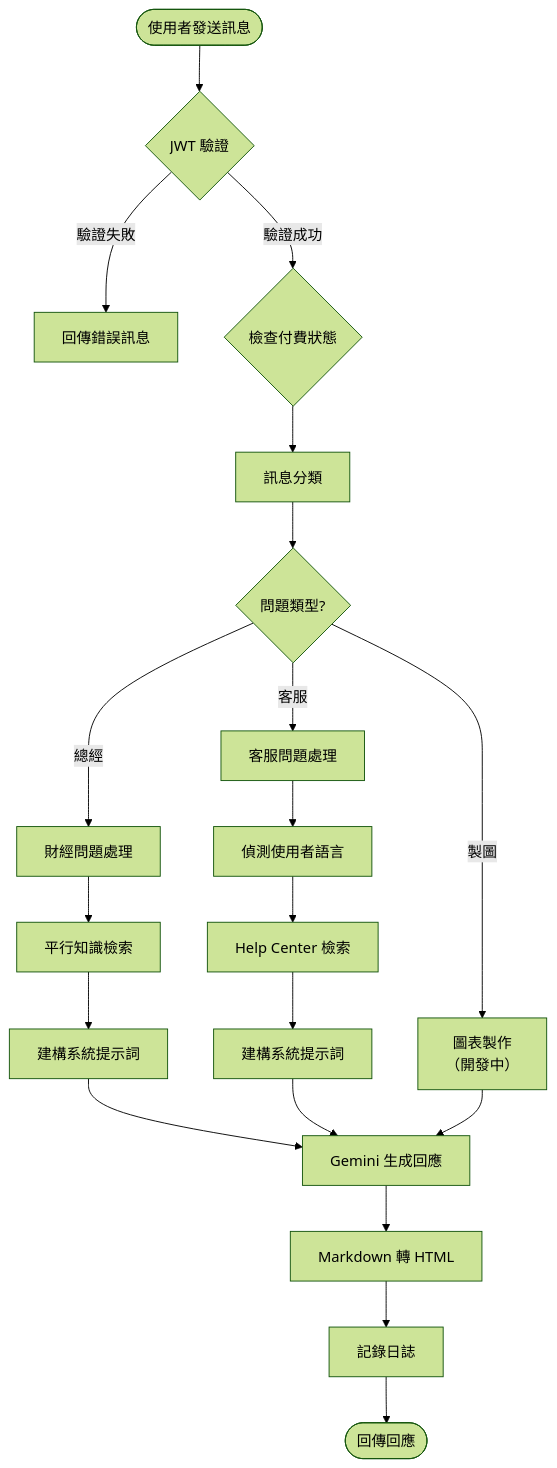
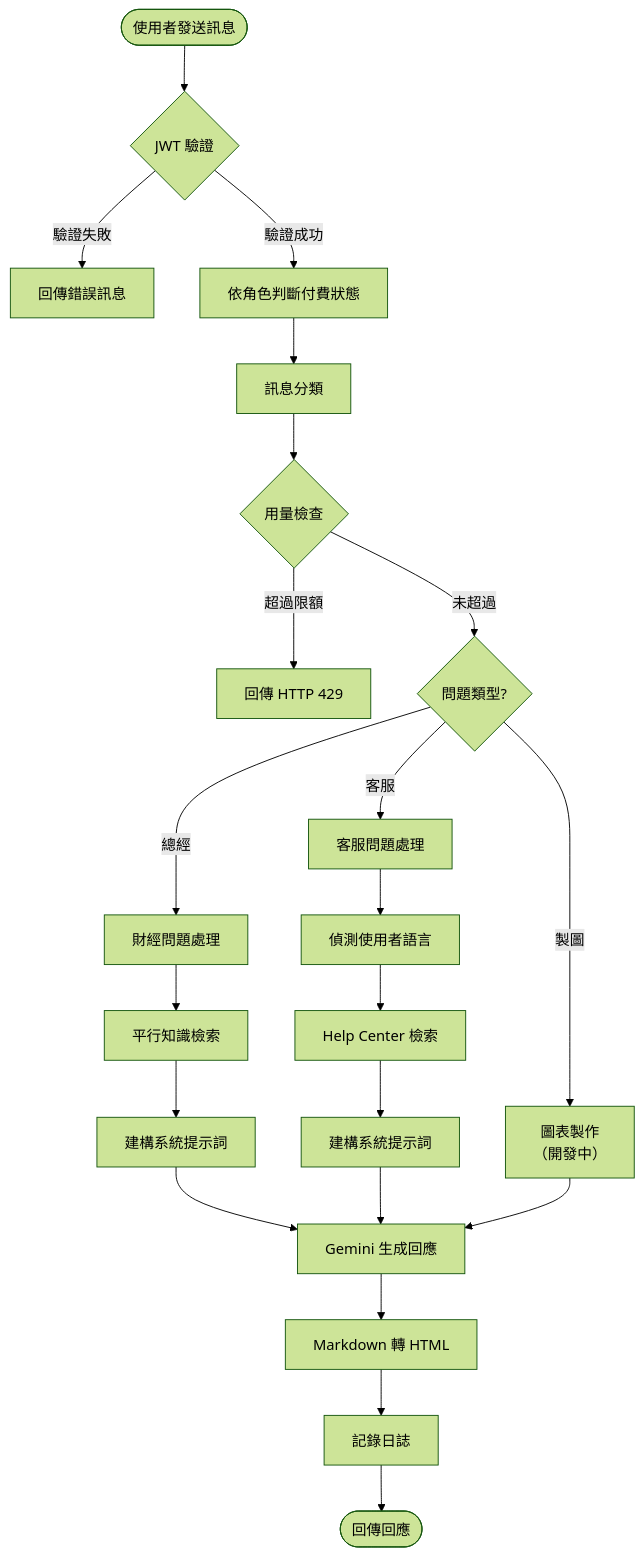
One commit to x1001000/mm-madam-aws changed the second of 6 diagrams in ARCHITECTURE.md. Above: the diagram before and after it, drawn with Mermaid (forest theme). The commit also changed other lines of this file and 2 other files, not shown here.

First line of the commit message:
Add per-role usage limits with external usage API check

````diff
--- a/ARCHITECTURE.md
+++ b/ARCHITECTURE.md
@@ -78,30 +78,32 @@
 ```mermaid
 flowchart TD
     Start([使用者發送訊息]) --> JWT{JWT 驗證}
 
     JWT -->|驗證失敗| Error[回傳錯誤訊息]
-    JWT -->|驗證成功| CheckPaid{檢查付費狀態}
+    JWT -->|驗證成功| CheckPaid[依角色判斷付費狀態]
 
     CheckPaid --> Classify[訊息分類]
 
-    Classify --> Type{問題類型?}
+    Classify --> UsageCheck{用量檢查}
+    UsageCheck -->|超過限額| Block[回傳 HTTP 429]
+    UsageCheck -->|未超過| Type{問題類型?}
 
     Type -->|總經| Financial[財經問題處理]
     Type -->|客服| Support[客服問題處理]
     Type -->|製圖| Chart[圖表製作<br/>（開發中）]
 
     Financial --> ParallelRAG[平行知識檢索]
     ParallelRAG --> BuildPrompt1[建構系統提示詞]
 
     Support --> DetectLang[偵測使用者語言]
     DetectLang --> HelpCenterRAG[Help Center 檢索]
     HelpCenterRAG --> BuildPrompt2[建構系統提示詞]
 
     BuildPrompt1 --> Generate[Gemini 生成回應]
     BuildPrompt2 --> Generate
     Chart --> Generate
 
     Generate --> Convert[Markdown 轉 HTML]
     Convert --> Log[記錄日誌]
     Log --> Response([回傳回應])
 ```
````
